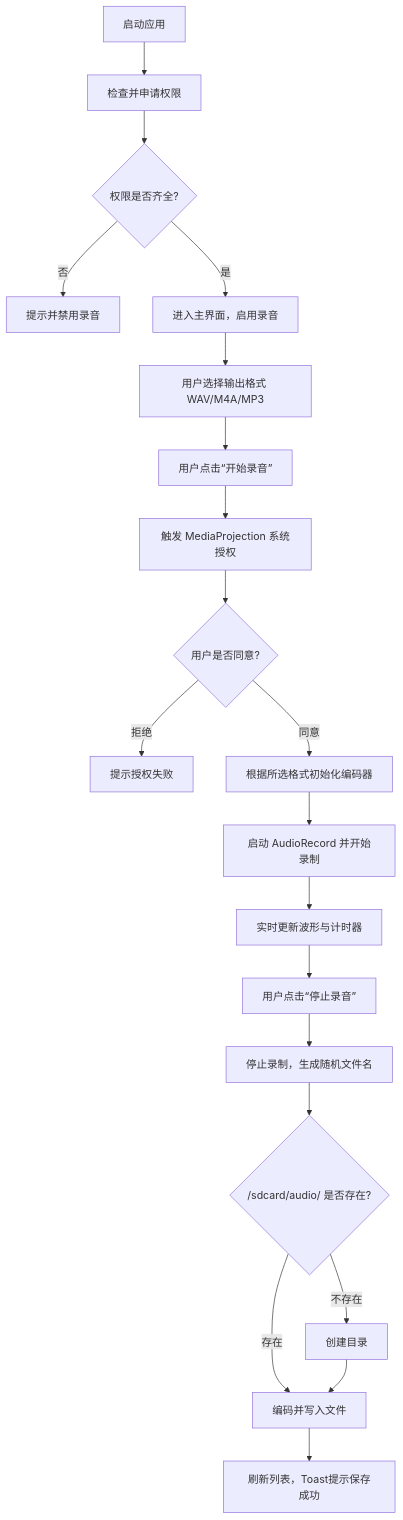
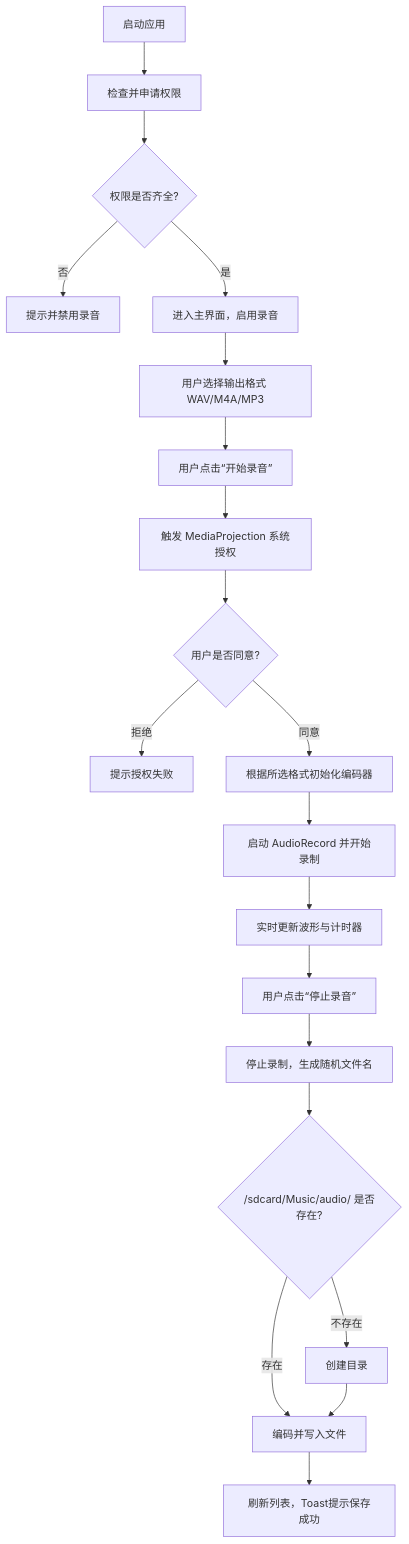
Before and after one commit to arrayforward/internal_audio: the first of 4 diagrams in docs/AudioCapture_Design.md, drawn with Mermaid. The commit also changed other lines of this file and 5 other files, not shown here.

````diff
--- a/docs/AudioCapture_Design.md
+++ b/docs/AudioCapture_Design.md
@@ -103,22 +103,22 @@
 ```mermaid
 graph TD
     A[启动应用] --> B[检查并申请权限]
     B --> C{权限是否齐全?}
     C -->|否| D[提示并禁用录音]
     C -->|是| E[进入主界面，启用录音]
     E --> F[用户选择输出格式 WAV/M4A/MP3]
     F --> G[用户点击“开始录音”]
     G --> H[触发 MediaProjection 系统授权]
     H --> I{用户是否同意?}
     I -->|拒绝| J[提示授权失败]
     I -->|同意| K[根据所选格式初始化编码器]
     K --> L[启动 AudioRecord 并开始录制]
     L --> M[实时更新波形与计时器]
     M --> N[用户点击“停止录音”]
     N --> O[停止录制，生成随机文件名]
-    O --> P{/sdcard/audio/ 是否存在?}
+    O --> P{/sdcard/Music/audio/ 是否存在?}
     P -->|不存在| Q[创建目录]
     P -->|存在| R[编码并写入文件]
     Q --> R
     R --> S[刷新列表，Toast提示保存成功]
 ```
````
